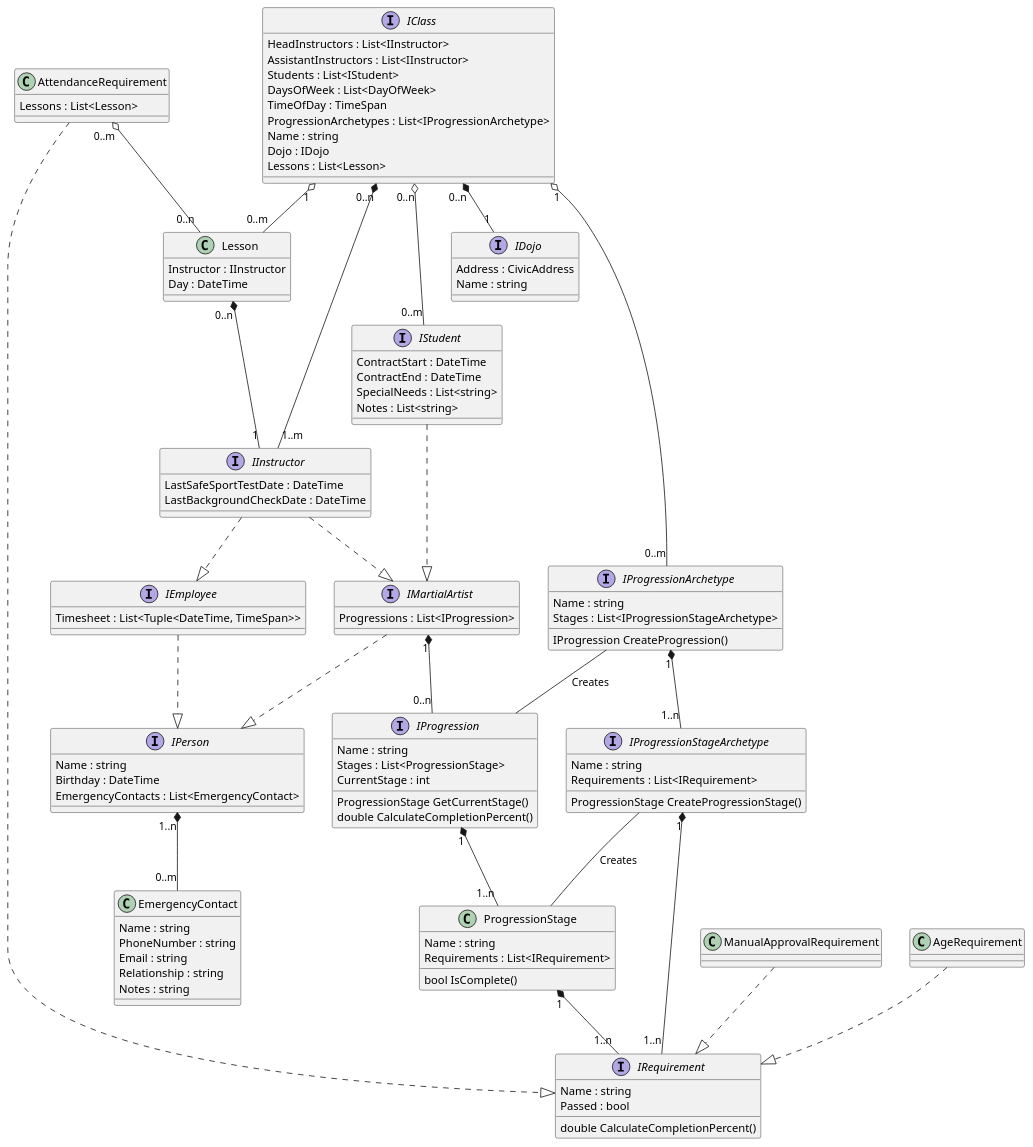
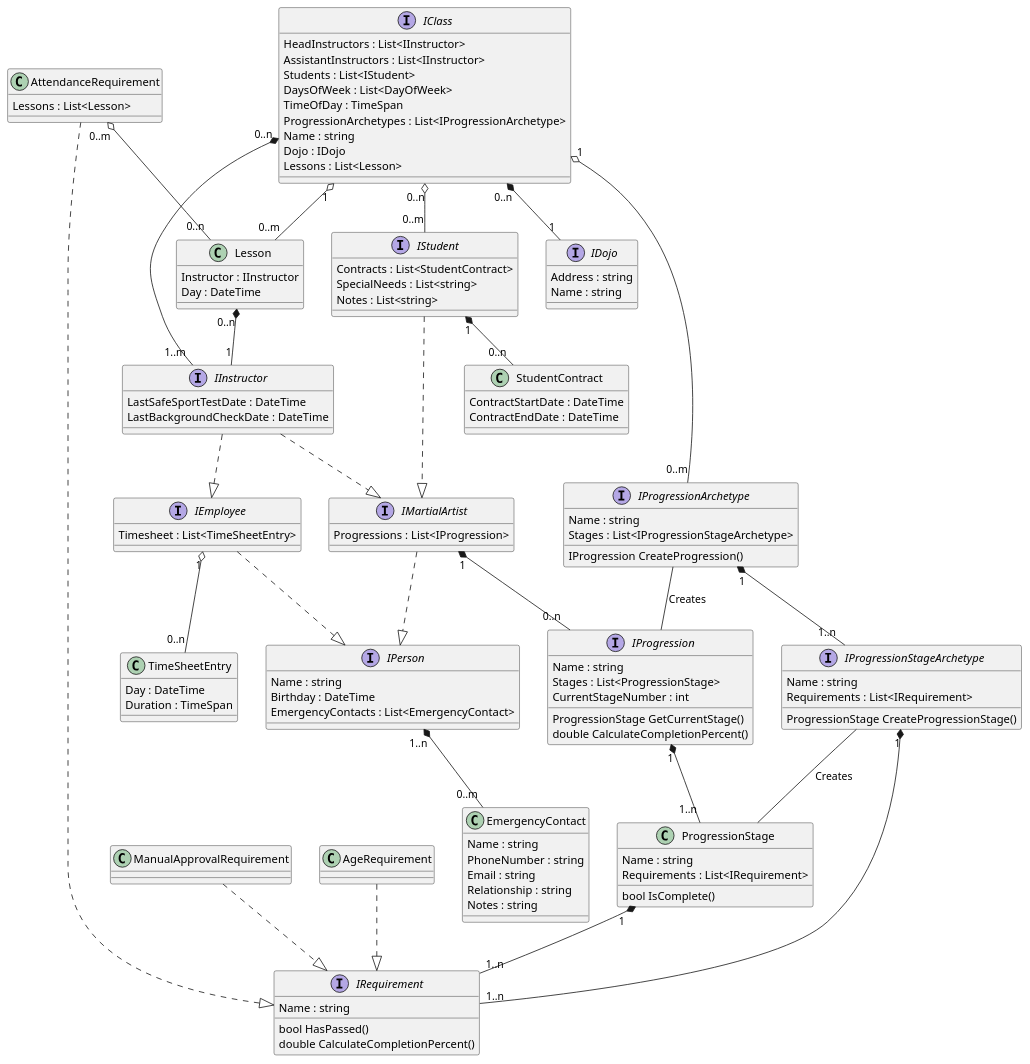
Before and after one commit to lavinrp/BmaBackstage: the diagram in Uml/BmaBackstageModel.plantuml, drawn with PlantUML. The commit also changed 2 other files, not shown here.

Commit message:
#2 - Students can have multiple contracts.
Update students so that they can have multiple contracts.
Update UML.

```diff
--- a/Uml/BmaBackstageModel.plantuml
+++ b/Uml/BmaBackstageModel.plantuml
@@ -1,150 +1,163 @@
 @startuml
 
 
 interface IRequirement
 {
     Name : string
-    Passed : bool
+    bool HasPassed()
     double CalculateCompletionPercent()
 }
 
 class AttendanceRequirement
 {
     Lessons : List<Lesson>
 }
 
 class ManualApprovalRequirement
 {
 }
 
 class AgeRequirement
 {
 }
 
 class ProgressionStage
 {
     Name : string
     Requirements : List<IRequirement>
     bool IsComplete()
 }
 
 interface IProgression
 {
     Name : string
     Stages : List<ProgressionStage>
-    CurrentStage : int
+    CurrentStageNumber : int
     ProgressionStage GetCurrentStage()
     double CalculateCompletionPercent()
 }
 
 interface IProgressionStageArchetype
 {
     Name : string
     Requirements : List<IRequirement>
     ProgressionStage CreateProgressionStage()
 }
 
 interface IProgressionArchetype
 {
     Name : string
     Stages : List<IProgressionStageArchetype>
     IProgression CreateProgression()
 }
 
 class EmergencyContact
 {
     Name : string
     PhoneNumber : string
     Email : string
     Relationship : string
     Notes : string
 }
 
 interface IPerson
 {
     Name : string
     Birthday : DateTime
     EmergencyContacts : List<EmergencyContact>
 }
 
+class TimeSheetEntry
+{
+    Day : DateTime
+    Duration : TimeSpan
+}
+
 interface IEmployee
 {
-    Timesheet : List<Tuple<DateTime, TimeSpan>>
+    Timesheet : List<TimeSheetEntry>
 }
 
 interface IMartialArtist
 {
     Progressions : List<IProgression>
 }
 
 interface IInstructor
 {
     LastSafeSportTestDate : DateTime
     LastBackgroundCheckDate : DateTime
 }
 
 class Lesson
 {
     Instructor : IInstructor
     Day : DateTime
 }
 
+class StudentContract
+{
+    ContractStartDate : DateTime
+    ContractEndDate : DateTime
+}
+
 interface IStudent
 {
-    ContractStart : DateTime
-    ContractEnd : DateTime
+    Contracts : List<StudentContract>
     SpecialNeeds : List<string>
     Notes : List<string>
 }
 
 interface IDojo
 {
-    Address : CivicAddress
+    Address : string
     Name : string
 }
 
 interface IClass
 {
     HeadInstructors : List<IInstructor>
     AssistantInstructors : List<IInstructor>
     Students : List<IStudent>
     DaysOfWeek : List<DayOfWeek>
     TimeOfDay : TimeSpan
     ProgressionArchetypes : List<IProgressionArchetype>
     Name : string
     Dojo : IDojo
     Lessons : List<Lesson>
 }
 
 IMartialArtist ..|> IPerson
 IEmployee ..|> IPerson
 IInstructor ..|> IEmployee
 IInstructor ..|> IMartialArtist
 IStudent ..|> IMartialArtist
 
 AttendanceRequirement ..|> IRequirement
 ManualApprovalRequirement ..|> IRequirement
 AgeRequirement ..|> IRequirement
 
+IEmployee "1" o-- "0..n" TimeSheetEntry
+
 IProgressionStageArchetype "1" *-- "1..n" IRequirement
 IProgressionArchetype "1" *-- "1..n" IProgressionStageArchetype
 IProgressionArchetype -- IProgression : Creates
 IProgressionStageArchetype -- ProgressionStage : Creates
 
 ProgressionStage "1" *-- "1..n" IRequirement
 IProgression "1" *-- "1..n" ProgressionStage
 AttendanceRequirement "0..m" o-- "0..n" Lesson
 
 IPerson "1..n" *-- "0..m" EmergencyContact
-
 IMartialArtist "1" *-- "0..n" IProgression
+IStudent "1" *-- "0..n" StudentContract
 
 IClass "0..n" *-- "1..m" IInstructor
 IClass "0..n" o-- "0..m" IStudent
 IClass "0..n" *-- "1" IDojo
 IClass "1" o-- "0..m" Lesson
 IClass "1" o-- "0..m" IProgressionArchetype
 
 Lesson "0..n" *-- "1" IInstructor
 
 @enduml
```
